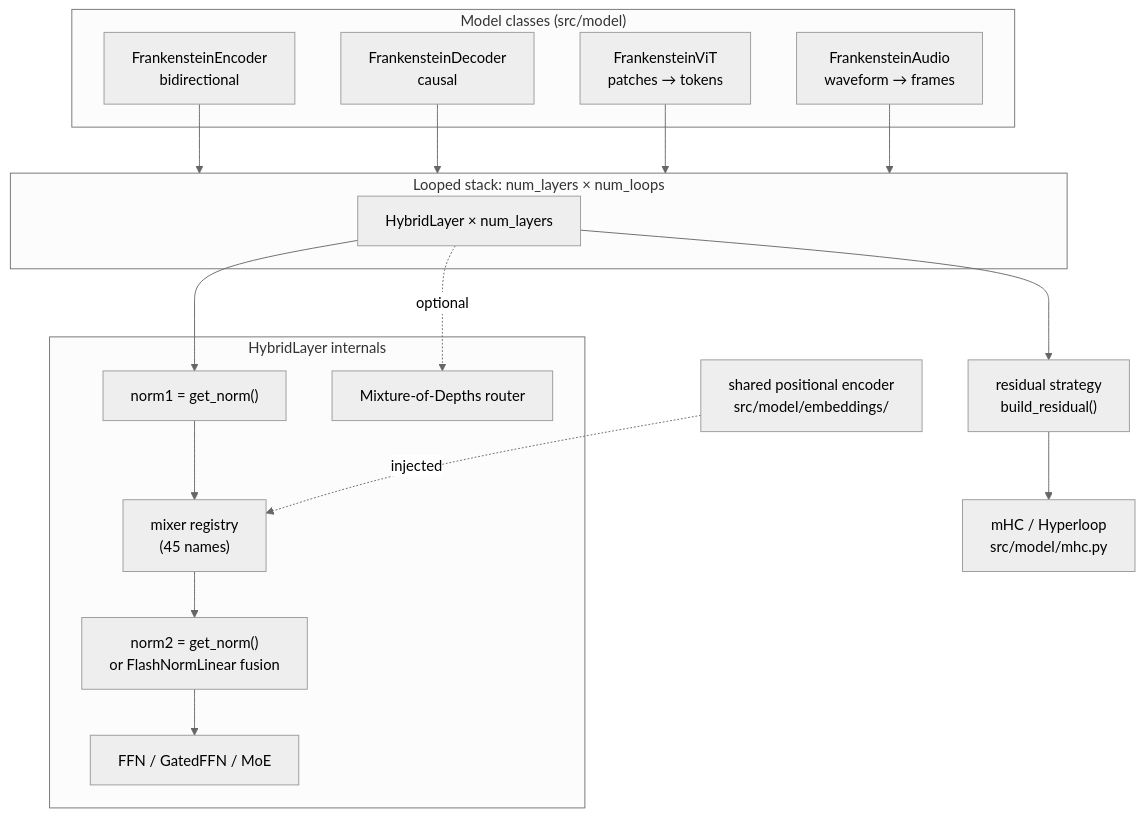
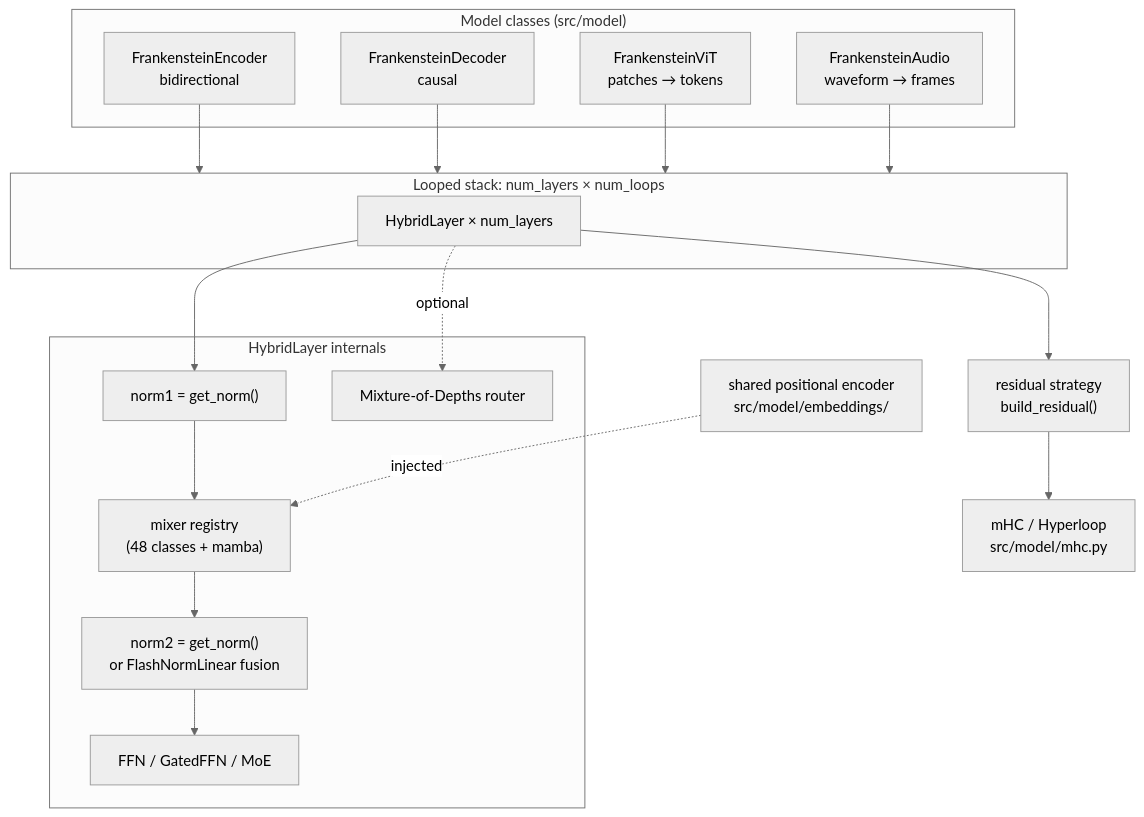
The third of 5 diagrams in frankenstein-transformer/paper/specs/architecture.md (erickfmm/erickfmm.github.io), drawn with Mermaid (neutral theme) before and after one commit. The commit also changed other lines of this file and 54 other files, not shown here.

First line of the commit message:
docs(site): sync plugin-based extensibility, assembled schema and paper updates

````diff
--- a/frankenstein-transformer/paper/specs/architecture.md
+++ b/frankenstein-transformer/paper/specs/architecture.md
@@ -193,32 +235,32 @@
 ```mermaid
 flowchart TD
     subgraph MODELS["Model classes (src/model)"]
       ENC["FrankensteinEncoder<br/>bidirectional"]
       DEC["FrankensteinDecoder<br/>causal"]
       VIT["FrankensteinViT<br/>patches → tokens"]
       AUD["FrankensteinAudio<br/>waveform → frames"]
     end
 
     ENC --> LOOP
     DEC --> LOOP
     VIT --> LOOP
     AUD --> LOOP
 
     subgraph LOOP["Looped stack: num_layers × num_loops"]
       HL["HybridLayer × num_layers"]
     end
 
     subgraph HYBRID["HybridLayer internals"]
       N1["norm1 = get_norm()"]
-      MX["mixer registry<br/>(45 names)"]
+      MX["mixer registry<br/>(48 classes + mamba)"]
       FF["FFN / GatedFFN / MoE"]
       N2["norm2 = get_norm()<br/>or FlashNormLinear fusion"]
       MOD["Mixture-of-Depths router"]
     end
 
     HL --> N1 --> MX --> N2 --> FF
     HL -. optional .-> MOD
     PE["shared positional encoder<br/>src/model/embeddings/"] -. injected .-> MX
     HL --> RES["residual strategy<br/>build_residual()"]
     RES --> MHC["mHC / Hyperloop<br/>src/model/mhc.py"]
 ```
````
